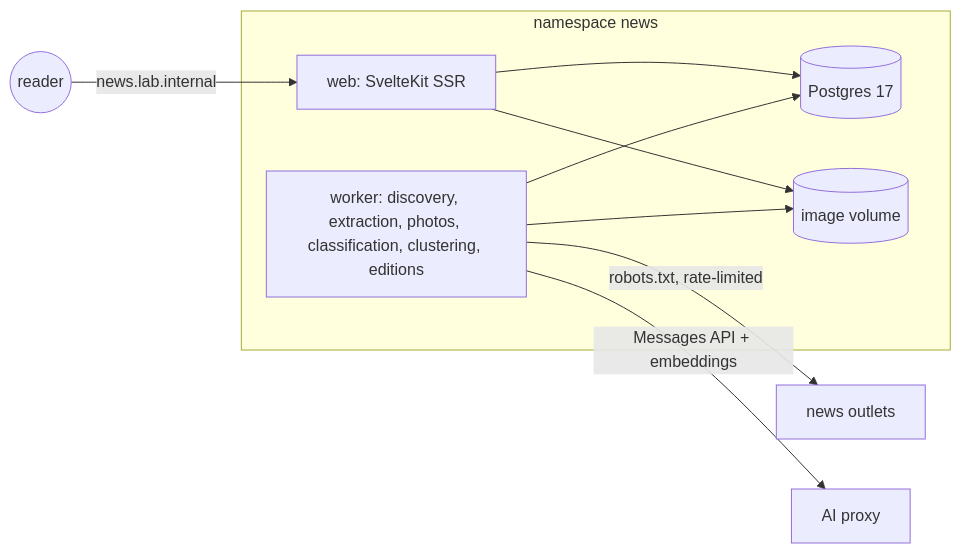
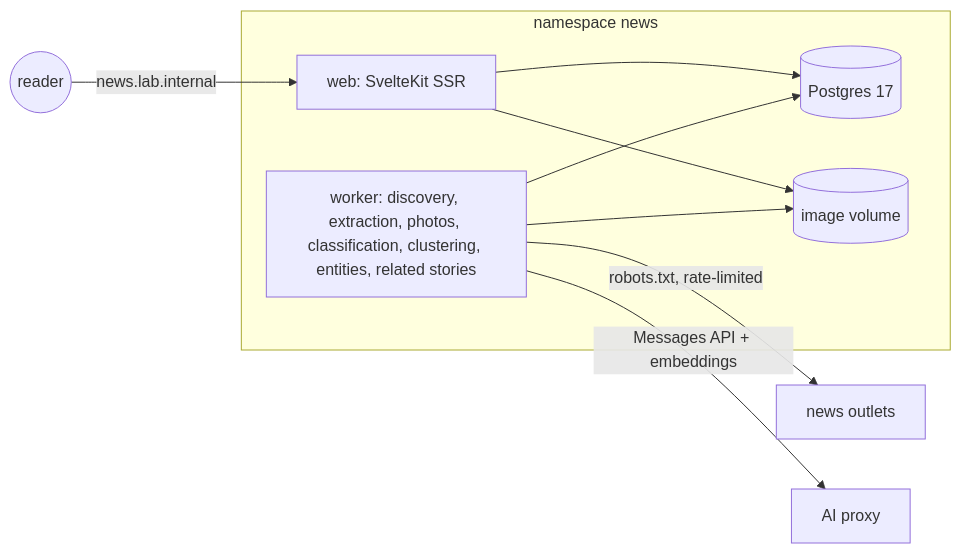
One commit to legendary-jarppi/homelab changed the diagram in apps/news/DESIGN.md. Above: the diagram before and after it, drawn with Mermaid. The commit also changed other lines of this file and 68 other files, not shown here.

Commit message:
news: Finnish/English interface, live front page instead of editions, papers in navigation, article side rails with also-in, related stories and people and things; faster visibility filter

````diff
--- a/apps/news/DESIGN.md
+++ b/apps/news/DESIGN.md
@@ -43,12 +43,12 @@
 ```mermaid
 flowchart LR
   subgraph cluster[namespace news]
     web[web: SvelteKit SSR] --> pg[(Postgres 17)]
-    worker[worker: discovery, extraction, photos, classification, clustering, editions] --> pg
+    worker[worker: discovery, extraction, photos, classification, clustering, entities, related stories] --> pg
     web --> imgs[(image volume)]
     worker --> imgs
   end
   worker -->|robots.txt, rate-limited| outlets[news outlets]
   worker -->|Messages API + embeddings| proxy[AI proxy]
   reader((reader)) -->|news.lab.internal| web
 ```
````
